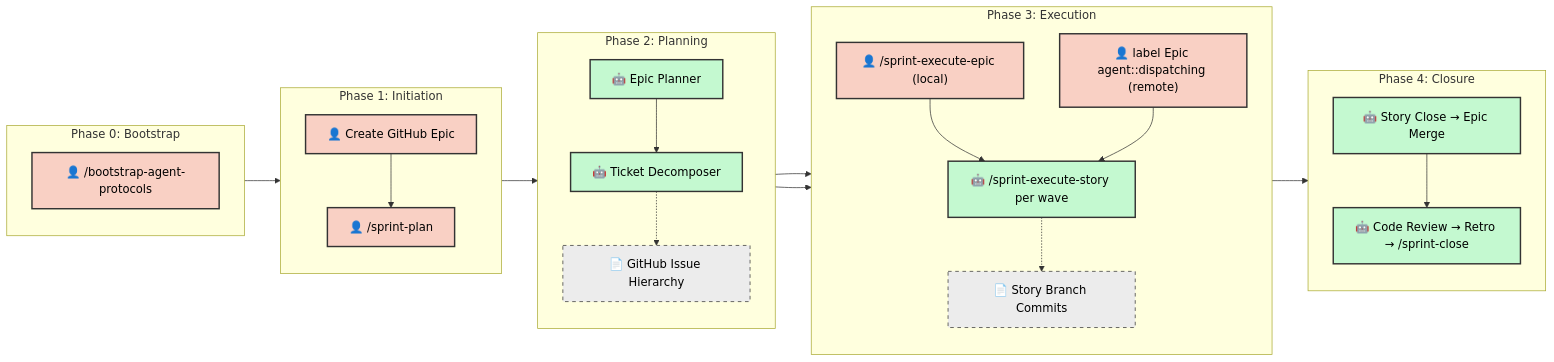
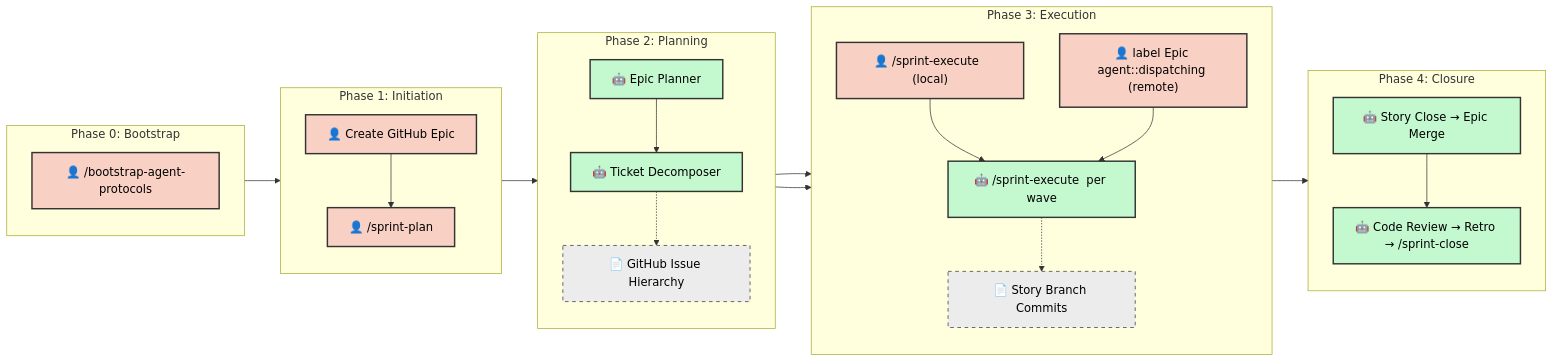
Before and after one commit to dsj1984/agent-protocols: the diagram in .agents/SDLC.md, drawn with Mermaid. The commit also changed other lines of this file and 13 other files, not shown here.

First line of the commit message:
feat(workflows): collapse /sprint-execute-epic and /sprint-execute-story into /sprint-execute (resolves #374)

````diff
--- a/.agents/SDLC.md
+++ b/.agents/SDLC.md
@@ -71,49 +73,49 @@
 ```mermaid
 graph LR
     classDef manual fill:#f9d0c4,stroke:#333,stroke-width:2px,color:#000;
     classDef agentic fill:#c4f9d0,stroke:#333,stroke-width:2px,color:#000;
     classDef artifact fill:#ececec,stroke:#333,stroke-width:1px,stroke-dasharray: 5 5,color:#000;
 
     subgraph Phase0 ["Phase 0: Bootstrap"]
         direction TB
         Z["👤 /bootstrap-agent-protocols"]:::manual
     end
 
     subgraph Phase1 ["Phase 1: Initiation"]
         direction TB
         A["👤 Create GitHub Epic"]:::manual
         B["👤 /sprint-plan"]:::manual
         A --> B
     end
 
     subgraph Phase2 ["Phase 2: Planning"]
         direction TB
         C["🤖 Epic Planner"]:::agentic
         D["🤖 Ticket Decomposer"]:::agentic
         C --> D
         D -.-> D_Art["📄 GitHub Issue Hierarchy"]:::artifact
     end
 
     subgraph Phase3 ["Phase 3: Execution"]
         direction TB
-        E1["👤 /sprint-execute-epic (local)"]:::manual
+        E1["👤 /sprint-execute <epicId> (local)"]:::manual
         E2["👤 label Epic agent::dispatching (remote)"]:::manual
-        F["🤖 /sprint-execute-story per wave"]:::agentic
+        F["🤖 /sprint-execute <storyId> per wave"]:::agentic
         E1 --> F
         E2 --> F
         F -.-> F_Art["📄 Story Branch Commits"]:::artifact
     end
 
     subgraph Phase4 ["Phase 4: Closure"]
         direction TB
         G["🤖 Story Close → Epic Merge"]:::agentic
         H["🤖 Code Review → Retro → /sprint-close"]:::agentic
         G --> H
     end
 
     Z --> A
     B --> C
     D --> E1
     D --> E2
     F --> G
 ```
````
